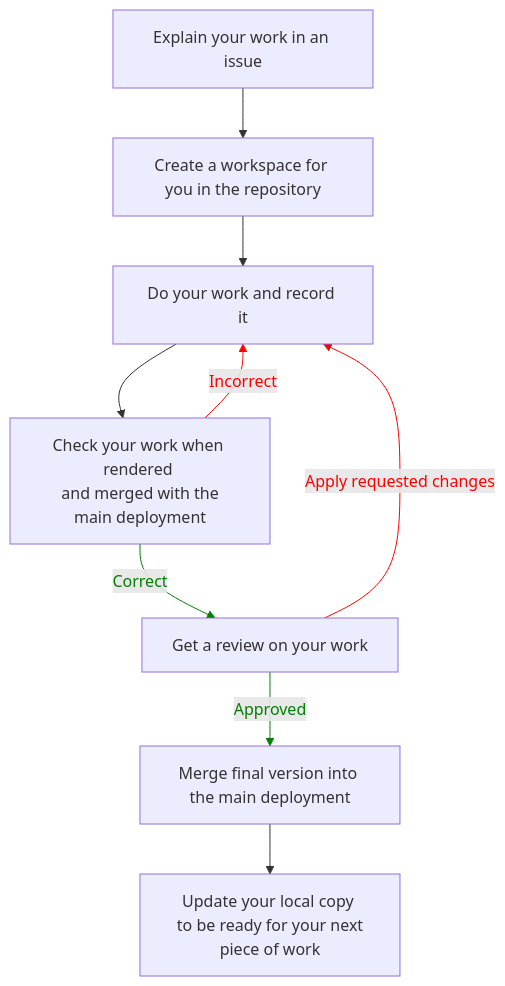
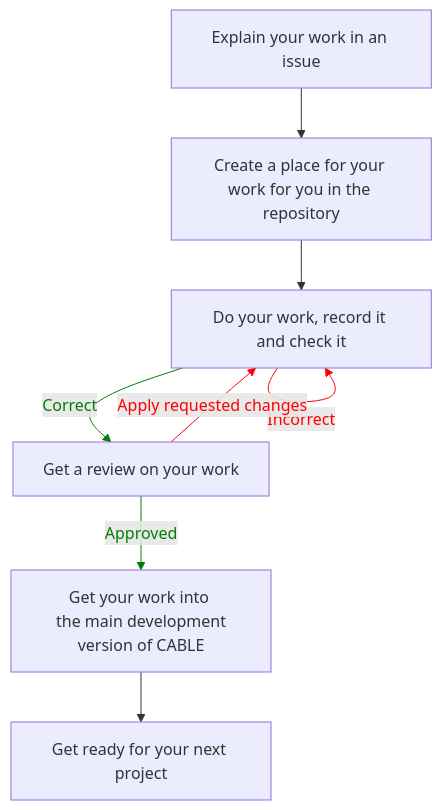
One commit to CABLE-LSM/CABLE changed the first of 5 diagrams in documentation/docs/developer_guide/contribution_flowchart.md. Above: the diagram before and after it, drawn with Mermaid. The commit also changed other lines of this file, not shown here.

Commit message:
Introduction

````diff
--- a/documentation/docs/developer_guide/contribution_flowchart.md
+++ b/documentation/docs/developer_guide/contribution_flowchart.md
@@ -7,23 +15,22 @@
 ```mermaid
    flowchart TD
 
    Idea[Explain your work in an issue]
-   Workspace[Create a workspace for you in the repository]
-   Work[Do your work and record it]
-   Check[Check your work when rendered <br> and merged with the main deployment]
+   Workspace[Create a place for your work for you in the repository]
+   Work[Do your work, record it and check it]
    Review[Get a review on your work]
-   Merge[Merge final version into the main deployment]
-   FinalUpdate[Update your local copy <br> to be ready for your next piece of work]
+   Merge[Get your work into <br> the main development version of CABLE]
+   FinalUpdate[Get ready for your next project]
 
-   Idea --> Workspace --> Work --> Check;
-   Check -->|Incorrect|Work;
-   Check -->|Correct|Review;
+   Idea --> Workspace --> Work;
+   Work -->|Incorrect|Work;
+   Work -->|Correct|Review;
    Review -->|Apply requested changes|Work;
    Review -->|Approved|Merge --> FinalUpdate;
 
-   linkStyle 3 stroke:red,color:red;
-   linkStyle 4 stroke:green,color:green;
-   linkStyle 5 stroke:red,color:red;
-   linkStyle 6 stroke:green,color:green;
+   linkStyle 4 stroke:red,color:red;
+   linkStyle 3 stroke:green,color:green;
+   linkStyle 2 stroke:red,color:red;
+   linkStyle 5 stroke:green,color:green;
 ;
 ```
````
